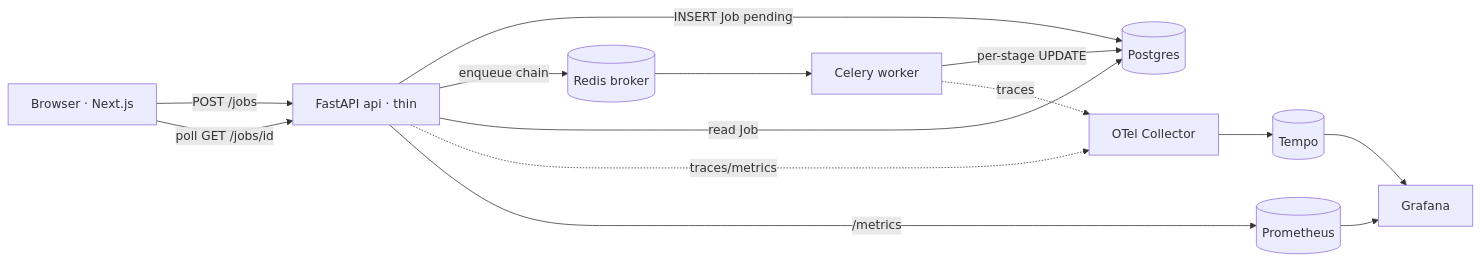
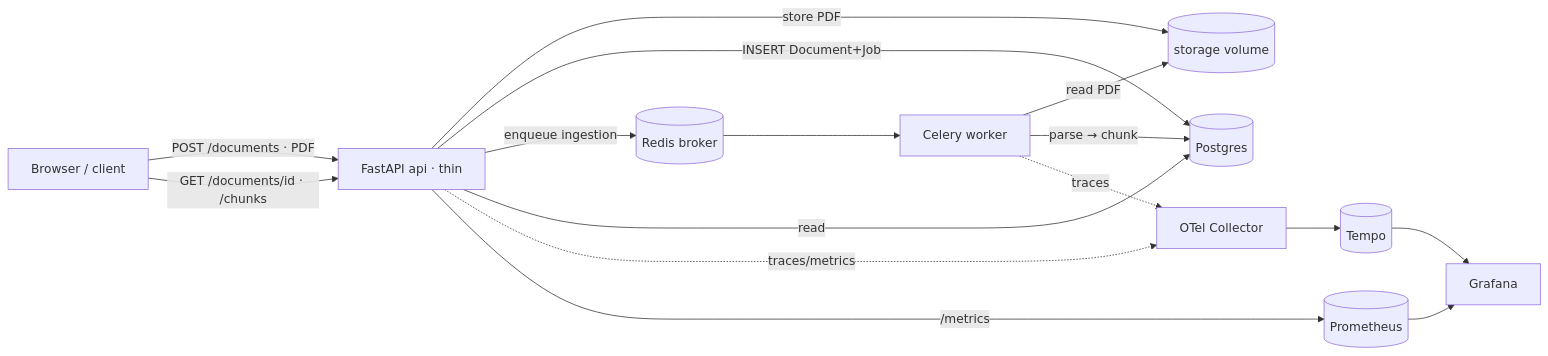
One commit to gilbert-mutai/unipress-de changed the diagram in PROJECT_STRUCTURE.md. Above: the diagram before and after it, drawn with Mermaid. The commit also changed other lines of this file and 23 other files, not shown here.

First line of the commit message:
Phase 1a: PDF ingestion — upload, parse (spans/bbox), chunk

````diff
--- a/PROJECT_STRUCTURE.md
+++ b/PROJECT_STRUCTURE.md
@@ -390,16 +411,18 @@
 ```mermaid
 flowchart LR
-    U[Browser · Next.js] -->|POST /jobs| API[FastAPI api · thin]
-    API -->|INSERT Job pending| PG[(Postgres)]
-    API -->|enqueue chain| RED[(Redis broker)]
+    U[Browser / client] -->|POST /documents · PDF| API[FastAPI api · thin]
+    API -->|store PDF| ST[(storage volume)]
+    API -->|INSERT Document+Job| PG[(Postgres)]
+    API -->|enqueue ingestion| RED[(Redis broker)]
     RED --> WK[Celery worker]
-    WK -->|per-stage UPDATE| PG
-    U -->|poll GET /jobs/id| API
-    API -->|read Job| PG
+    WK -->|read PDF| ST
+    WK -->|parse → chunk| PG
+    U -->|GET /documents/id · /chunks| API
+    API -->|read| PG
     API -. traces/metrics .-> OTEL[OTel Collector]
     WK  -. traces .-> OTEL
     OTEL --> TEMPO[(Tempo)]
     API -->|/metrics| PROM[(Prometheus)]
     TEMPO --> GRAF[Grafana]
     PROM --> GRAF
 ```
````
